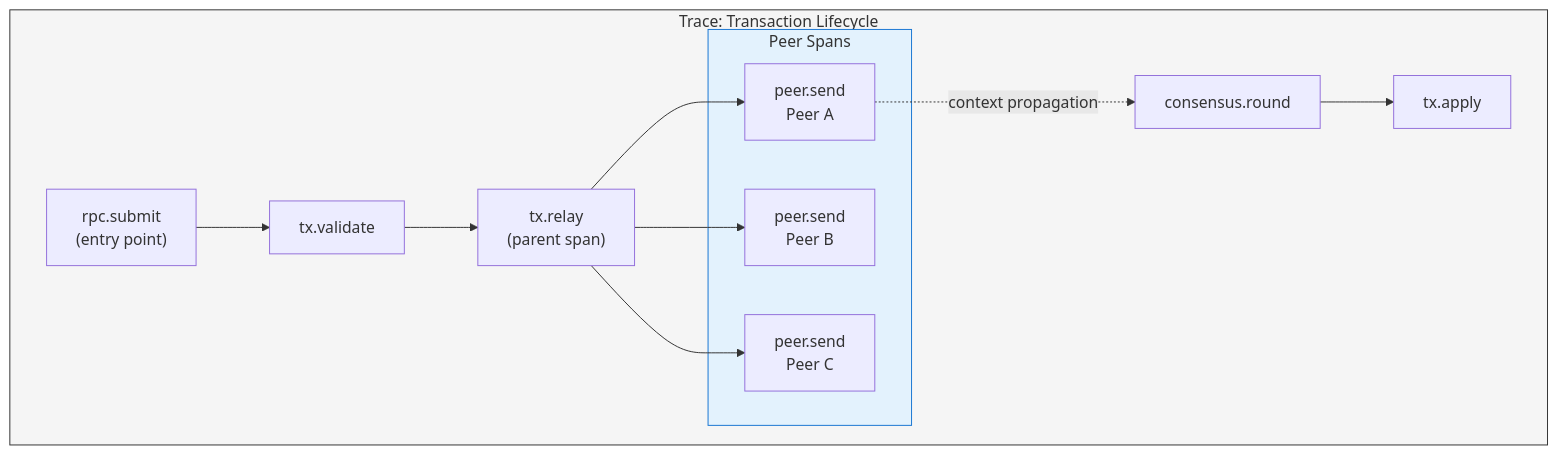
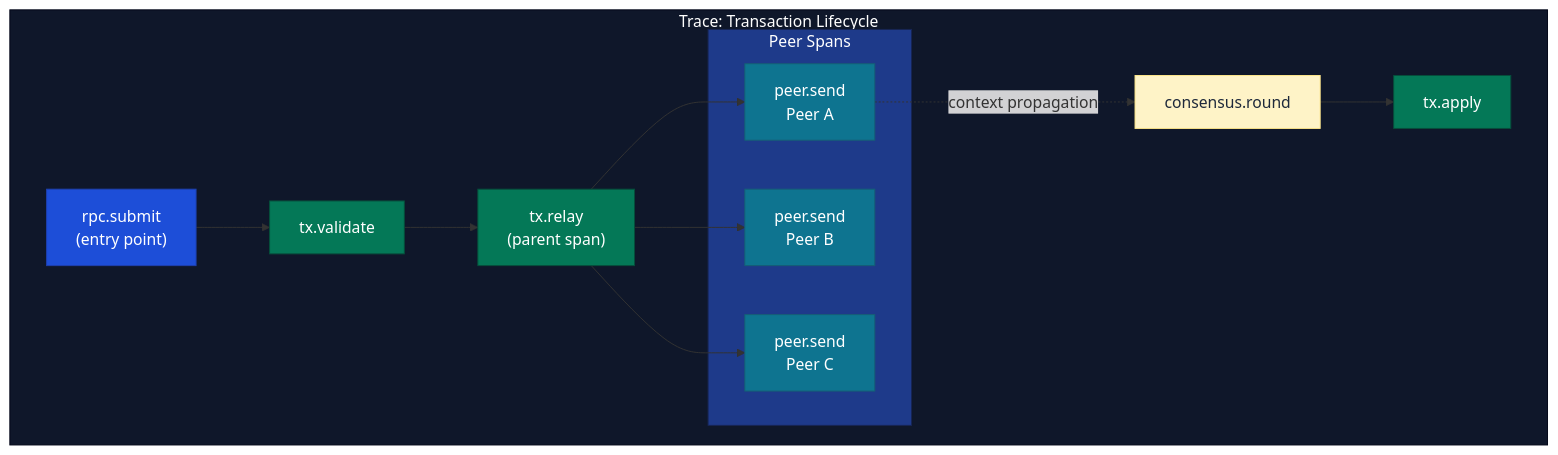
One commit to XRPL-Node/rippled changed the diagram in OpenTelemetryPlan/08-appendix.md. Above: the diagram before and after it, drawn with Mermaid. The commit also changed other lines of this file and 8 other files, not shown here.

````diff
--- a/OpenTelemetryPlan/08-appendix.md
+++ b/OpenTelemetryPlan/08-appendix.md
@@ -44,28 +44,36 @@
 ```mermaid
 flowchart TB
     subgraph trace["Trace: Transaction Lifecycle"]
         rpc["rpc.submit<br/>(entry point)"]
         validate["tx.validate"]
         relay["tx.relay<br/>(parent span)"]
-        
+
         subgraph peers["Peer Spans"]
             p1["peer.send<br/>Peer A"]
             p2["peer.send<br/>Peer B"]
             p3["peer.send<br/>Peer C"]
         end
-        
+
         consensus["consensus.round"]
         apply["tx.apply"]
     end
-    
+
     rpc --> validate
     validate --> relay
     relay --> p1
     relay --> p2
     relay --> p3
     p1 -.->|"context propagation"| consensus
     consensus --> apply
-    
-    style trace fill:#f5f5f5,stroke:#333
-    style peers fill:#e3f2fd,stroke:#1976d2
+
+    style trace fill:#0f172a,stroke:#020617,color:#fff
+    style peers fill:#1e3a8a,stroke:#172554,color:#fff
+    style rpc fill:#1d4ed8,stroke:#1e40af,color:#fff
+    style validate fill:#047857,stroke:#064e3b,color:#fff
+    style relay fill:#047857,stroke:#064e3b,color:#fff
+    style p1 fill:#0e7490,stroke:#155e75,color:#fff
+    style p2 fill:#0e7490,stroke:#155e75,color:#fff
+    style p3 fill:#0e7490,stroke:#155e75,color:#fff
+    style consensus fill:#fef3c7,stroke:#fde68a,color:#1e293b
+    style apply fill:#047857,stroke:#064e3b,color:#fff
 ```
````
